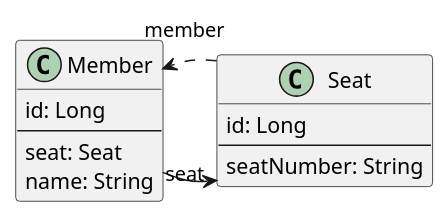
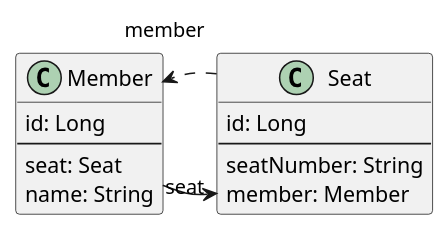
One commit to lcalmsky/jpa changed the diagram in diagrams/06-one-to-one-bidirection.puml. Above: the diagram before and after it, drawn with PlantUML. The commit also changed 3 other files, not shown here.

Commit message:
Update diagrams

```diff
--- a/diagrams/06-one-to-one-bidirection.puml
+++ b/diagrams/06-one-to-one-bidirection.puml
@@ -1,19 +1,20 @@
 @startuml
 
 class Member {
   id: Long
   --
   seat: Seat
   name: String
 }
 
 class Seat {
   id: Long
   --
   seatNumber: String
+  member: Member
 }
 
 Member --r--> "seat" Seat
 Seat ..r..> "member" Member
 
 @enduml
```
